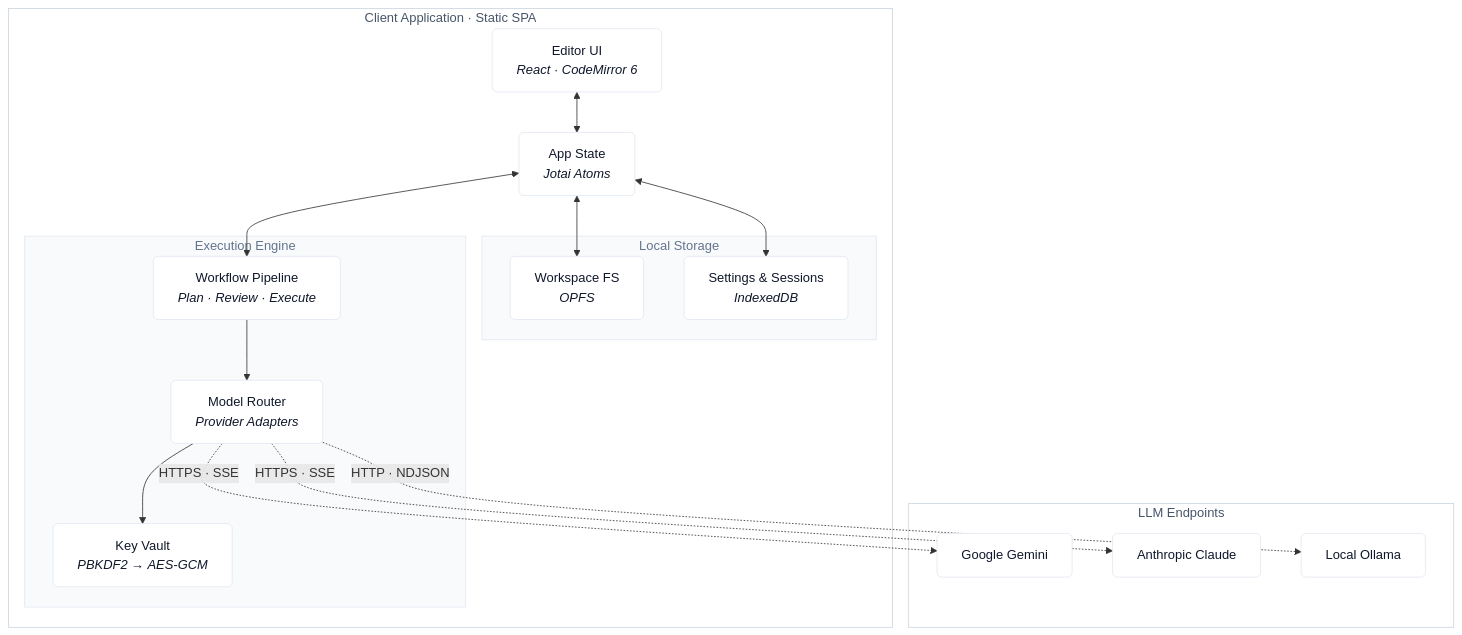
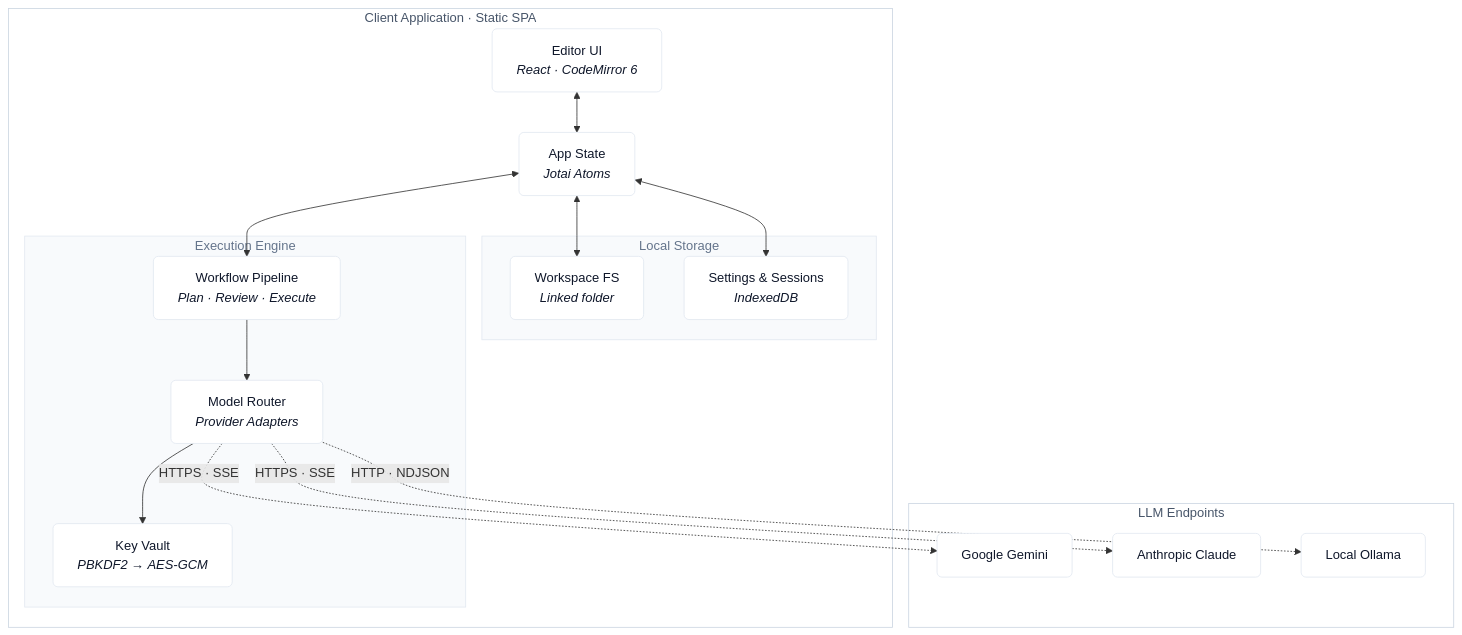
The diagram in README.md (marespopa/daedaluside), drawn with Mermaid before and after one commit. The commit also changed other lines of this file and 74 other files, not shown here.

````diff
--- a/README.md
+++ b/README.md
@@ -15,57 +15,57 @@
 ```mermaid
 %%{init: {
   'theme': 'base',
   'themeVariables': {
     'primaryColor': '#ffffff',
     'primaryTextColor': '#0f172a',
     'primaryBorderColor': '#e2e8f0',
     'lineColor': '#64748b',
     'secondaryColor': '#fafafa',
     'tertiaryColor': '#f8fafc',
     'fontFamily': 'ui-sans-serif, system-ui, -apple-system, BlinkMacSystemFont, "Segoe UI", Roboto, sans-serif',
     'fontSize': '12px'
   }
 }}%%
 graph TD
     subgraph Browser ["Client Application · Static SPA"]
         UI["Editor UI<br/><i>React · CodeMirror 6</i>"]
         State["App State<br/><i>Jotai Atoms</i>"]
         
         subgraph Storage ["Local Storage"]
-            FS["Workspace FS<br/><i>OPFS</i>"]
+            FS["Workspace FS<br/><i>Linked folder</i>"]
             IDB["Settings & Sessions<br/><i>IndexedDB</i>"]
         end
         
         subgraph Engine ["Execution Engine"]
             Pipeline["Workflow Pipeline<br/><i>Plan · Review · Execute</i>"]
             Router["Model Router<br/><i>Provider Adapters</i>"]
             Vault["Key Vault<br/><i>PBKDF2 → AES-GCM</i>"]
         end
 
         UI <--> State
         State <--> FS
         State <--> IDB
         State <--> Pipeline
         Pipeline --> Router
         Router --> Vault
     end
 
     subgraph Providers ["LLM Endpoints"]
         Gemini["Google Gemini"]
         Anthropic["Anthropic Claude"]
         Ollama["Local Ollama"]
     end
 
     Router -.->|"HTTPS · SSE"| Gemini
     Router -.->|"HTTPS · SSE"| Anthropic
     Router -.->|"HTTP · NDJSON"| Ollama
 
     classDef default fill:#ffffff,stroke:#e2e8f0,stroke-width:1px,color:#0f172a,rx:6px,ry:6px;
     classDef browserGroup fill:#ffffff,stroke:#cbd5e1,stroke-width:1px,color:#475569;
     classDef innerGroup fill:#f8fafc,stroke:#e2e8f0,stroke-width:1px,color:#64748b;
     classDef providerGroup fill:#ffffff,stroke:#cbd5e1,stroke-width:1px,color:#475569;
 
     class Browser browserGroup;
     class Storage,Engine innerGroup;
     class Providers providerGroup;
 ```
````
